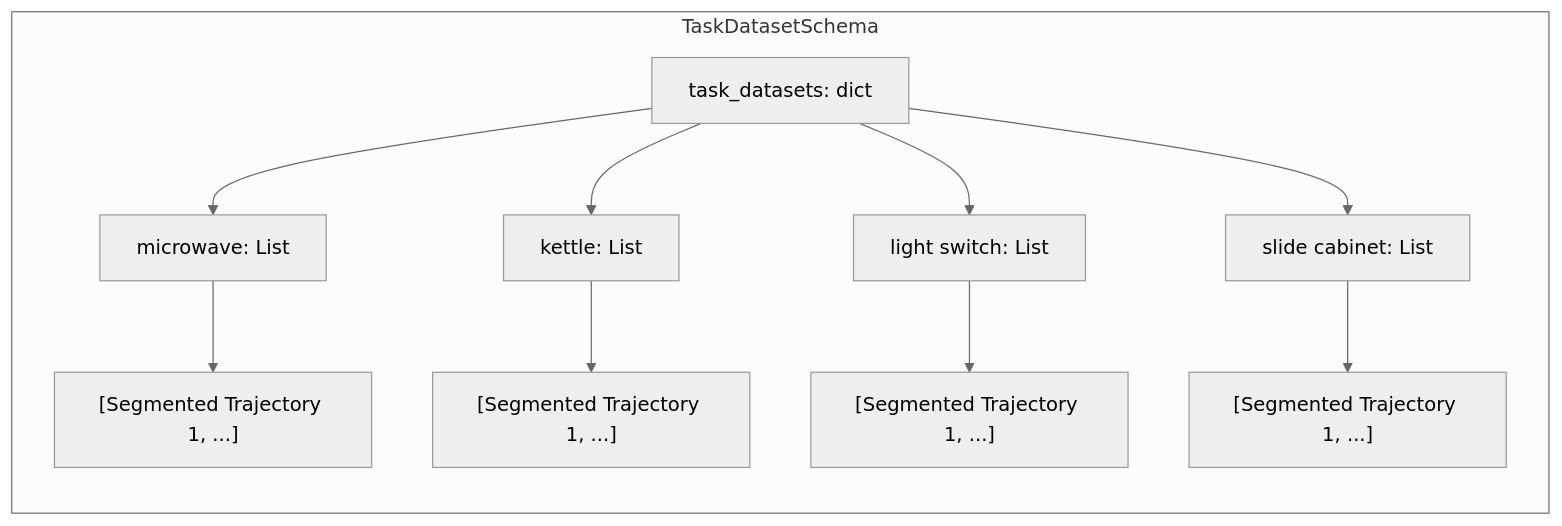
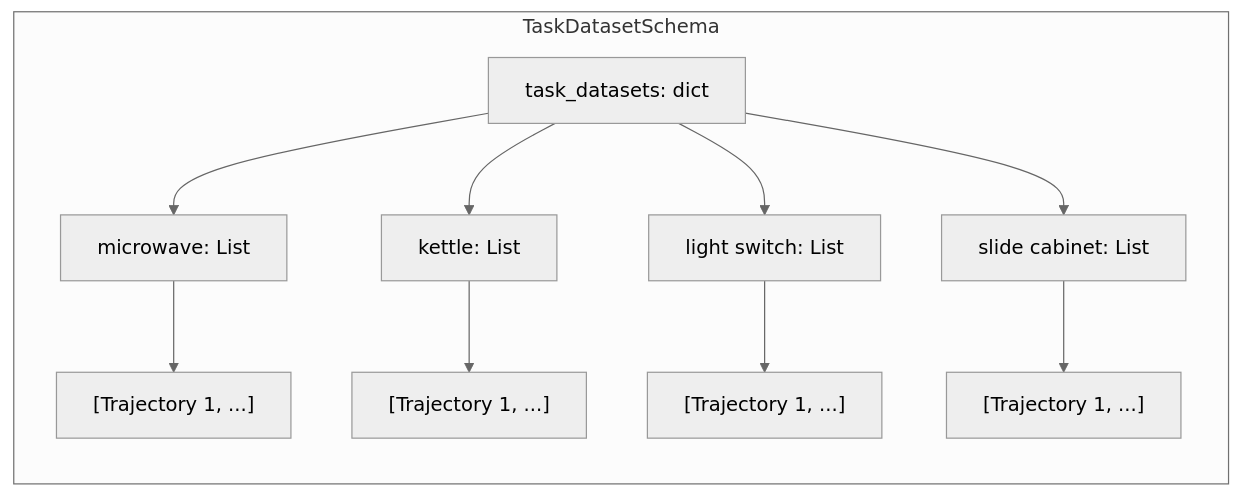
The fourth of 6 diagrams in data/data_schema.md (KevinBian107/Latent-Planning-as-Optimization), drawn with Mermaid (neutral theme) before and after one commit. The commit also changed other lines of this file and 9 other files, not shown here.

````diff
--- a/data/data_schema.md
+++ b/data/data_schema.md
@@ -95,19 +104,19 @@
 ```mermaid
 graph LR
     subgraph TaskDatasetSchema
         root["task_datasets: dict"]
 
         root --> task1["microwave: List"]
         root --> task2["kettle: List"]
         root --> task3["light switch: List"]
         root --> task4["slide cabinet: List"]
 
-        task1 --> t1_traj1["[Segmented Trajectory 1, ...]"]
+        task1 --> t1_traj1["[Trajectory 1, ...]"]
 
-        task2 --> t2_traj1["[Segmented Trajectory 1, ...]"]
+        task2 --> t2_traj1["[Trajectory 1, ...]"]
 
-        task3 --> t3_traj1["[Segmented Trajectory 1, ...]"]
+        task3 --> t3_traj1["[Trajectory 1, ...]"]
 
-        task4 --> t4_traj1["[Segmented Trajectory 1, ...]"]
+        task4 --> t4_traj1["[Trajectory 1, ...]"]
     end
 ```
````
